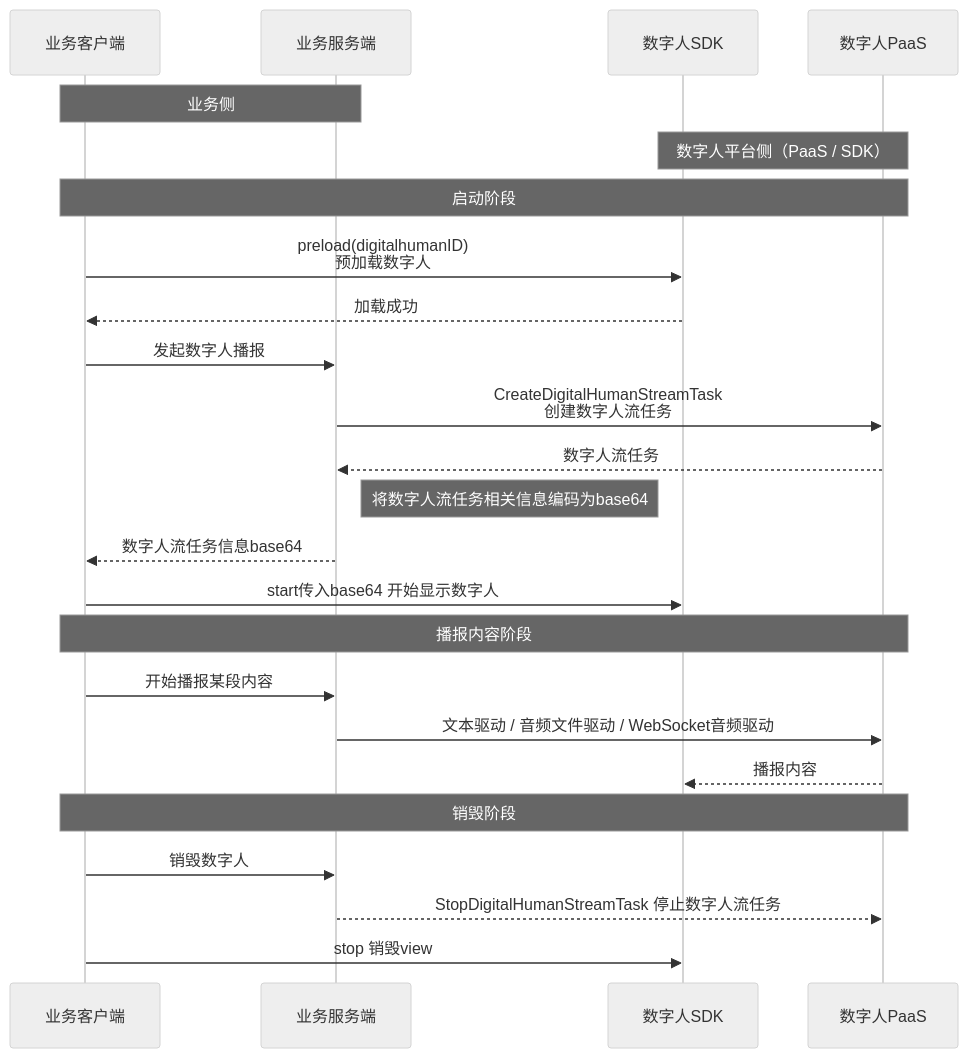
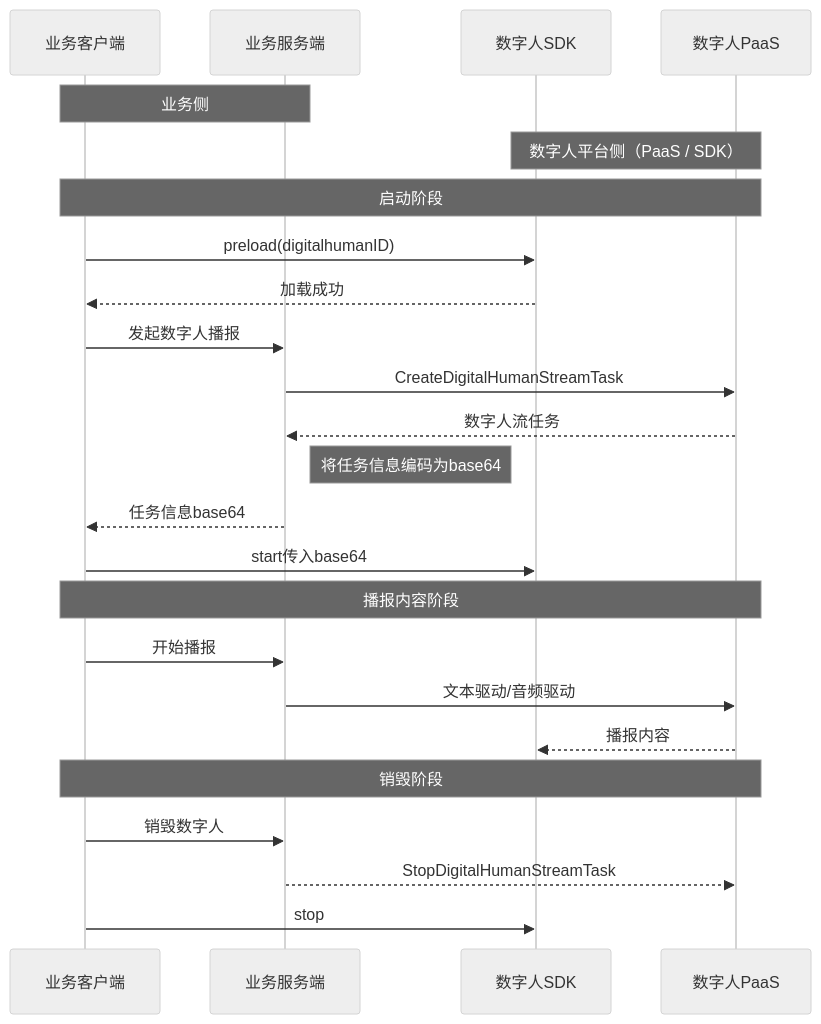
The first of 3 diagrams in core_products/digital-human/zh/android/quick-start.mdx (ZEGOCLOUD/docs_all), drawn with Mermaid (neutral theme) before and after one commit. The commit also changed other lines of this file and 11 other files, not shown here.

````diff
--- a/core_products/digital-human/zh/android/quick-start.mdx
+++ b/core_products/digital-human/zh/android/quick-start.mdx
@@ -21,30 +119,30 @@
 ```mermaid
 sequenceDiagram
     participant 业务客户端
     participant 业务服务端
     participant 数字人SDK
     participant 数字人PaaS
 
     Note over 业务客户端,业务服务端: 业务侧
     Note over 数字人SDK,数字人PaaS: 数字人平台侧（PaaS / SDK）
 
     Note over 业务客户端,数字人PaaS: 启动阶段
-    业务客户端->>数字人SDK: preload(digitalhumanID)<br/>预加载数字人
+    业务客户端->>数字人SDK: preload(digitalhumanID)
     数字人SDK-->>业务客户端: 加载成功
     业务客户端->>业务服务端: 发起数字人播报
-    业务服务端->>数字人PaaS: CreateDigitalHumanStreamTask<br/>创建数字人流任务
+    业务服务端->>数字人PaaS: CreateDigitalHumanStreamTask
     数字人PaaS-->>业务服务端: 数字人流任务
-    Note right of 业务服务端: 将数字人流任务相关信息编码为base64
-    业务服务端-->>业务客户端: 数字人流任务信息base64
-    业务客户端->>数字人SDK: start传入base64 开始显示数字人
+    Note right of 业务服务端: 将任务信息编码为base64
+    业务服务端-->>业务客户端: 任务信息base64
+    业务客户端->>数字人SDK: start传入base64
 
     Note over 业务客户端,数字人PaaS: 播报内容阶段
-    业务客户端->>业务服务端: 开始播报某段内容
-    业务服务端->>数字人PaaS: 文本驱动 / 音频文件驱动 / WebSocket音频驱动
+    业务客户端->>业务服务端: 开始播报
+    业务服务端->>数字人PaaS: 文本驱动/音频驱动
     数字人PaaS-->>数字人SDK: 播报内容
 
     Note over 业务客户端,数字人PaaS: 销毁阶段
     业务客户端->>业务服务端: 销毁数字人
-    业务服务端-->>数字人PaaS: StopDigitalHumanStreamTask 停止数字人流任务
-    业务客户端->>数字人SDK: stop 销毁view
+    业务服务端-->>数字人PaaS: StopDigitalHumanStreamTask
+    业务客户端->>数字人SDK: stop
 ```
````
